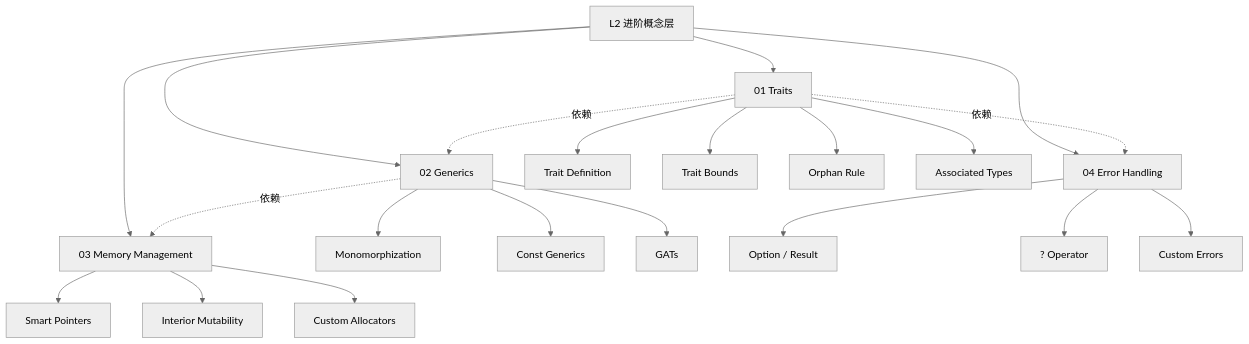
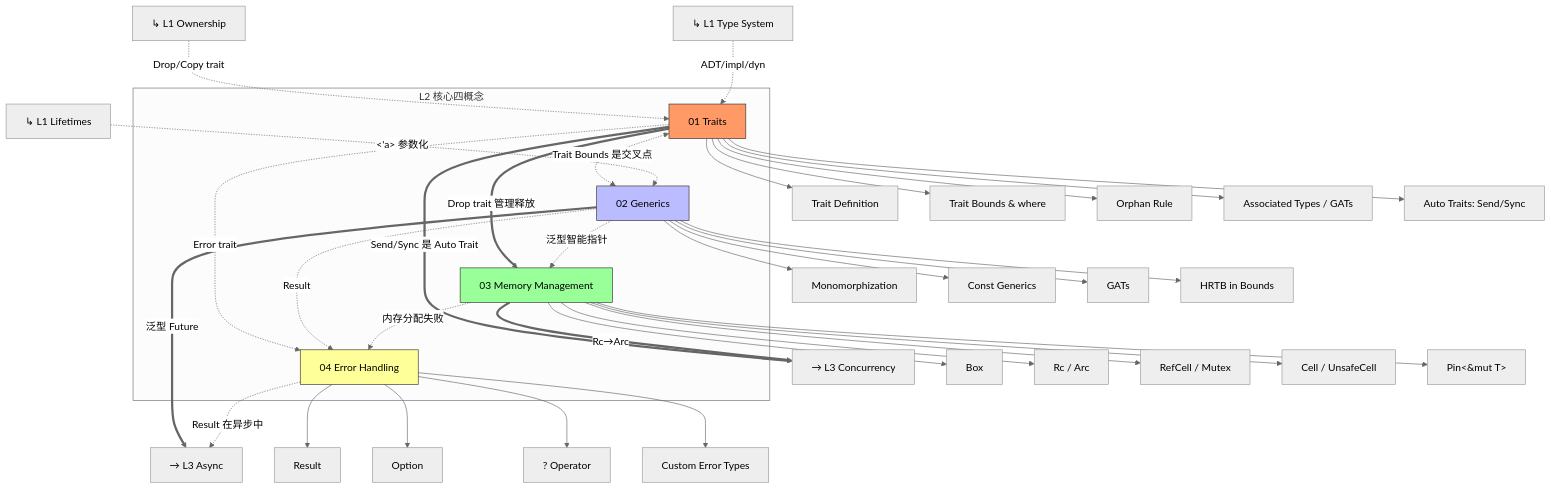
One commit to martin-ly/rust-lang changed the diagram in concept/02_intermediate/README.md. Above: the diagram before and after it, drawn with Mermaid (neutral theme). The commit also changed other lines of this file and 43 other files, not shown here.

````diff
--- a/concept/02_intermediate/README.md
+++ b/concept/02_intermediate/README.md
@@ -9,28 +11,62 @@
 ```mermaid
-graph TD
-    A[L2 进阶概念层] --> B[01 Traits]
-    A --> C[02 Generics]
-    A --> D[03 Memory Management]
-    A --> E[04 Error Handling]
+graph TB
+    subgraph L2_Core["L2 核心四概念"]
+        TR[01 Traits]
+        G[02 Generics]
+        MM[03 Memory Management]
+        EH[04 Error Handling]
+    end
 
-    B --> B1[Trait Definition]
-    B --> B2[Trait Bounds]
-    B --> B3[Orphan Rule]
-    B --> B4[Associated Types]
+    %% 核心交叉：Trait ↔ Generics
+    TR <-.->|"Trait Bounds 是交叉点"| G
 
-    C --> C1[Monomorphization]
-    C --> C2[Const Generics]
-    C --> C3[GATs]
+    %% Trait → Memory / Error
+    TR ==>|"Drop trait 管理释放"| MM
+    TR -.->|"Error trait"| EH
 
-    D --> D1[Smart Pointers]
-    D --> D2[Interior Mutability]
-    D --> D3[Custom Allocators]
+    %% Generics → Memory / Error
+    G -.->|"泛型智能指针"| MM
+    G -.->|"Result<T, E>"| EH
 
-    E --> E1[Option / Result]
-    E --> E2[? Operator]
-    E --> E3[Custom Errors]
+    %% Memory ↔ Error
+    MM -.->|"内存分配失败"| EH
 
-    B -.->|依赖| C
-    C -.->|依赖| D
-    B -.->|依赖| E
+    %% L1 输入
+    L1_O[↳ L1 Ownership] -.->|"Drop/Copy trait"| TR
+    L1_TS[↳ L1 Type System] -.->|"ADT/impl/dyn"| TR
+    L1_L[↳ L1 Lifetimes] -.->|"<'a> 参数化"| G
+
+    %% L3 输出
+    TR ==>|"Send/Sync 是 Auto Trait"| L3_CON[→ L3 Concurrency]
+    G ==>|"泛型 Future"| L3_ASYNC[→ L3 Async]
+    MM ==>|"Rc→Arc"| L3_CON
+    EH -.->|"Result 在异步中"| L3_ASYNC
+
+    %% 内部结构
+    TR --> TR1[Trait Definition]
+    TR --> TR2[Trait Bounds & where]
+    TR --> TR3[Orphan Rule]
+    TR --> TR4[Associated Types / GATs]
+    TR --> TR5[Auto Traits: Send/Sync]
+
+    G --> G1[Monomorphization]
+    G --> G2[Const Generics]
+    G --> G3[GATs]
+    G --> G4[HRTB in Bounds]
+
+    MM --> MM1[Box<T>]
+    MM --> MM2[Rc / Arc]
+    MM --> MM3[RefCell / Mutex]
+    MM --> MM4[Cell / UnsafeCell]
+    MM --> MM5[Pin<&mut T>]
+
+    EH --> EH1[Result<T, E>]
+    EH --> EH2[Option<T>]
+    EH --> EH3[? Operator]
+    EH --> EH4[Custom Error Types]
+
+    style TR fill:#f96,stroke:#333
+    style G fill:#bbf,stroke:#333
+    style MM fill:#9f9,stroke:#333
+    style EH fill:#ff9,stroke:#333
 ```
````
